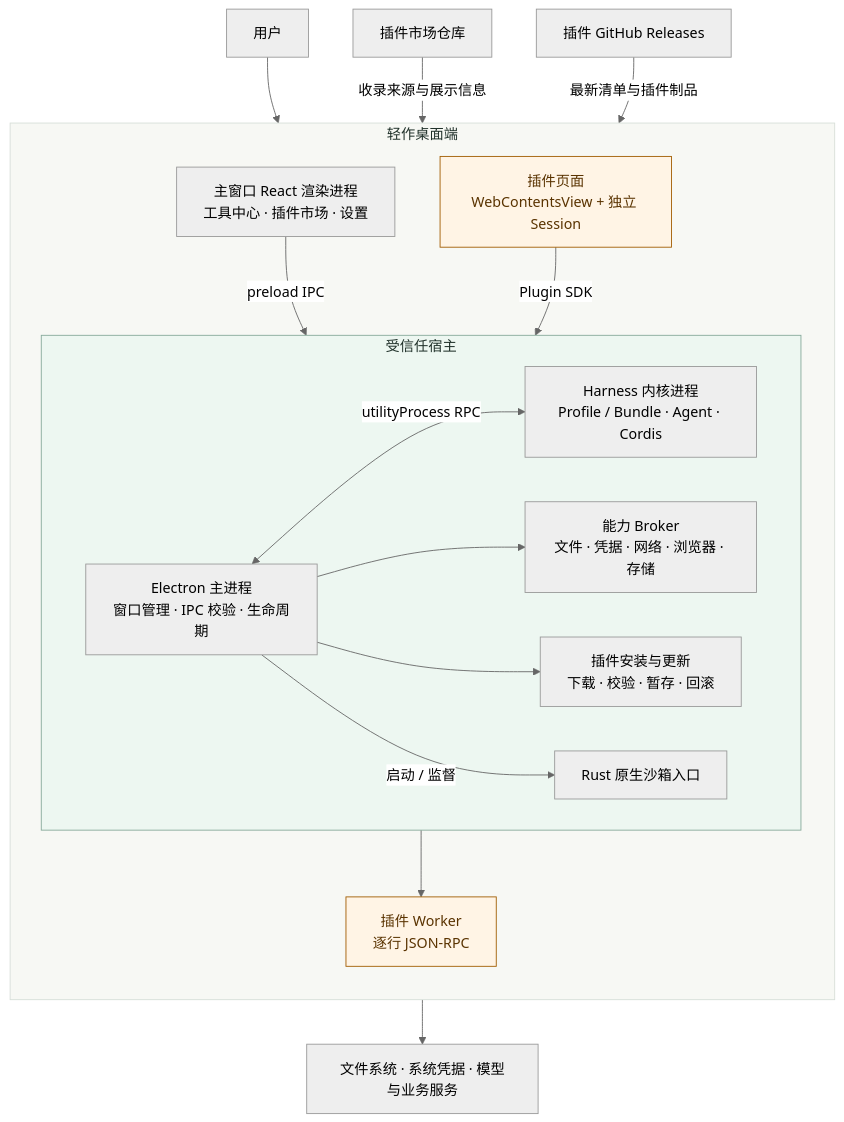
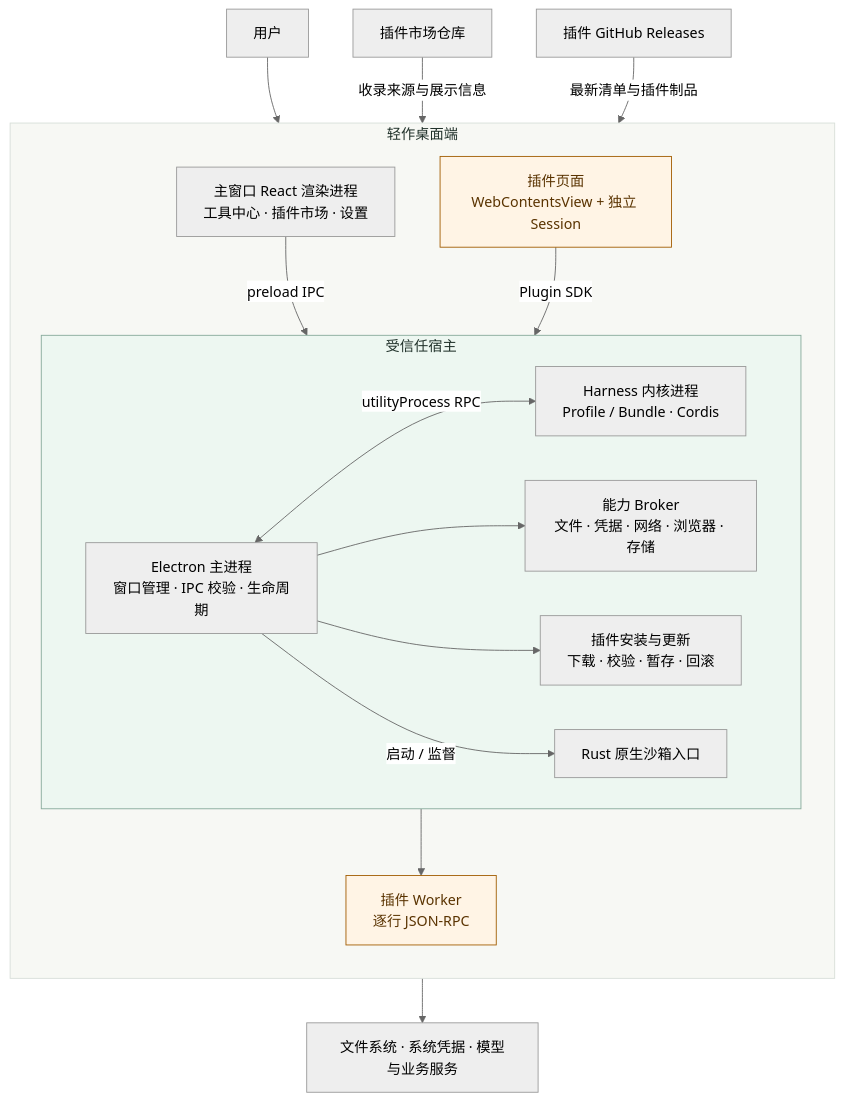
One commit to ZhiPenTu/qingzuo-desktop changed the first of 3 diagrams in docs/architecture.md. Above: the diagram before and after it, drawn with Mermaid (neutral theme). The commit also changed 10 other files, not shown here.

````diff
--- a/docs/architecture.md
+++ b/docs/architecture.md
@@ -15,37 +15,37 @@
 ```mermaid
 flowchart TB
   User["用户"] --> Shell
 
   subgraph app["轻作桌面端"]
     direction TB
     Shell["主窗口 React 渲染进程<br/>工具中心 · 插件市场 · 设置"]
     PluginUI["插件页面<br/>WebContentsView + 独立 Session"]
 
     subgraph host["受信任宿主"]
       direction LR
       Main["Electron 主进程<br/>窗口管理 · IPC 校验 · 生命周期"]
       Brokers["能力 Broker<br/>文件 · 凭据 · 网络 · 浏览器 · 存储"]
       Installer["插件安装与更新<br/>下载 · 校验 · 暂存 · 回滚"]
-      Kernel["Harness 内核进程<br/>Profile / Bundle · Agent · Cordis"]
+      Kernel["Harness 内核进程<br/>Profile / Bundle · Cordis"]
       Launcher["Rust 原生沙箱入口"]
     end
 
     Worker["插件 Worker<br/>逐行 JSON-RPC"]
   end
 
   Market["插件市场仓库"] -->|"收录来源与展示信息"| Installer
   Releases["插件 GitHub Releases"] -->|"最新清单与插件制品"| Installer
   Shell -->|"preload IPC"| Main
   PluginUI -->|"Plugin SDK"| Main
   Main <-->|"utilityProcess RPC"| Kernel
   Main --> Brokers
   Main --> Installer
   Main -->|"启动 / 监督"| Launcher
   Launcher --> Worker
   Brokers --> External["文件系统 · 系统凭据 · 模型与业务服务"]
 
   classDef untrusted fill:#fff4e5,stroke:#a15c00,color:#5a3300;
   class PluginUI,Worker untrusted;
   style app fill:#f7f8f4,stroke:#d7ded8,color:#20312a
   style host fill:#edf7f1,stroke:#86a99a,color:#20312a
 ```
````
